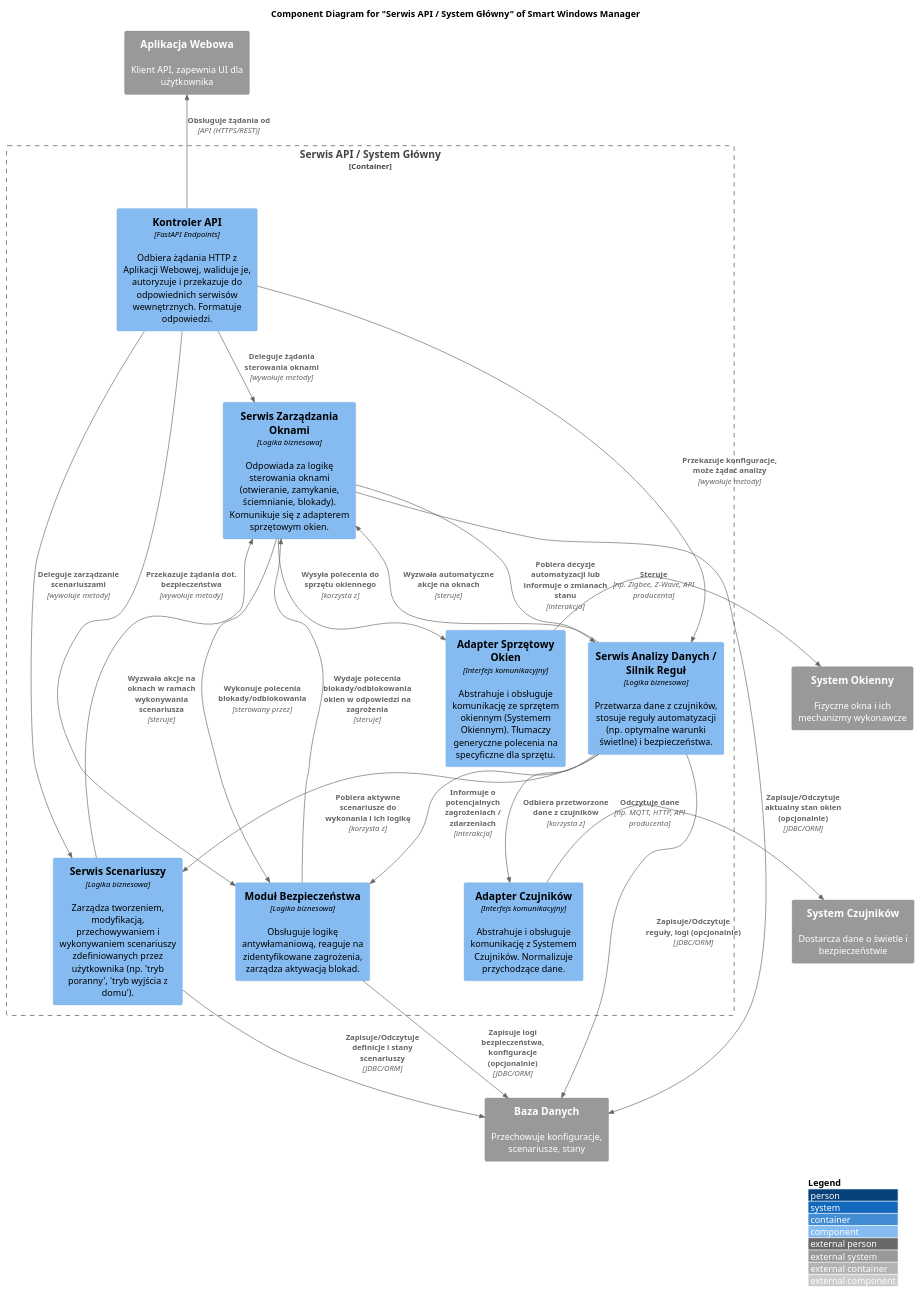
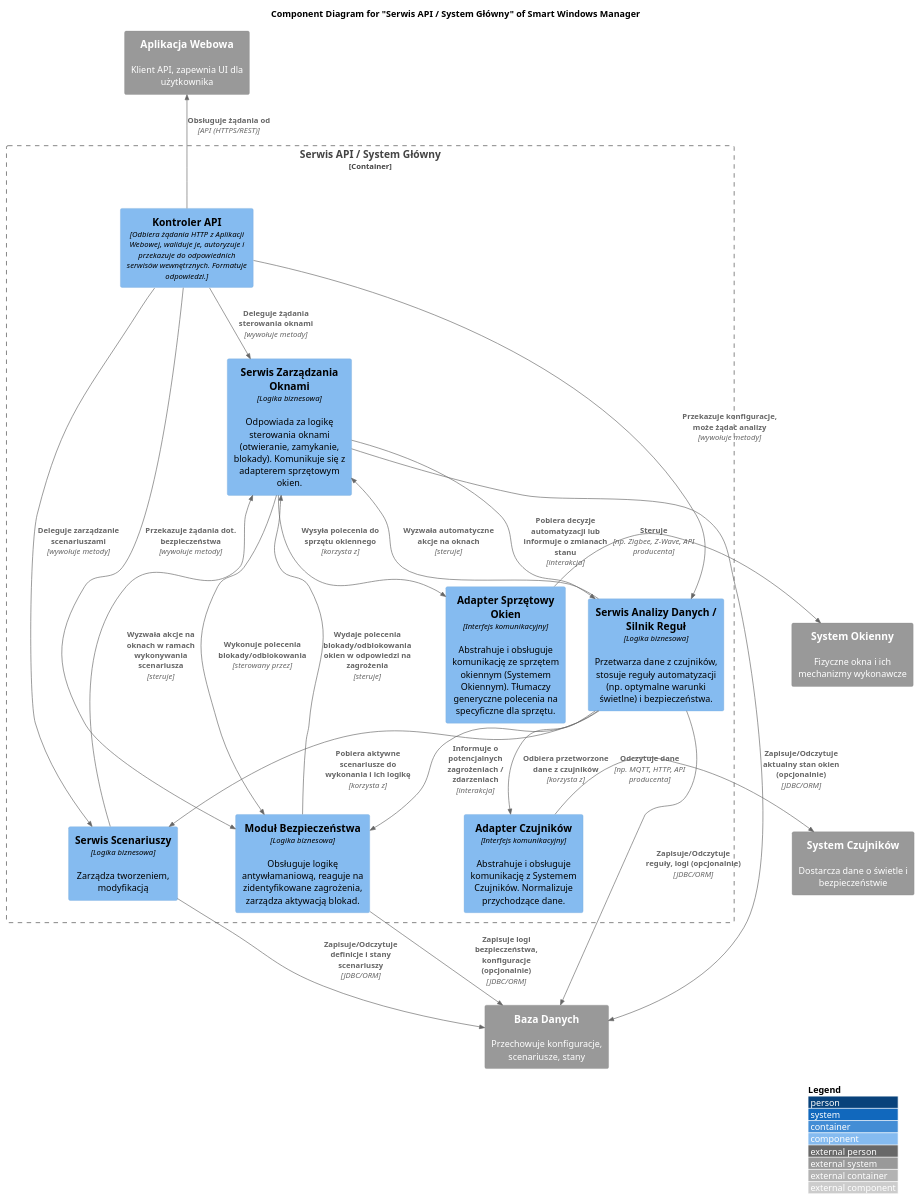
One commit to dolhan12211/Smart_Windows_Manager changed the diagram in Diagram C4/Component Diagram.plantuml. Above: the diagram before and after it, drawn with PlantUML. The commit also changed 1 other file, not shown here.

Commit message:
changes in diagrams v2

```diff
--- a/Diagram C4/Component Diagram.plantuml
+++ b/Diagram C4/Component Diagram.plantuml
@@ -1,55 +1,55 @@
 @startuml
 !include https://raw.githubusercontent.com/plantuml-stdlib/C4-PlantUML/master/C4_Component.puml
 
 LAYOUT_WITH_LEGEND()
 
 title Component Diagram for "Serwis API / System Główny" of Smart Windows Manager
 
 ' Definiujemy odniesienia do elementów zewnętrznych (innych kontenerów lub systemów) dla kontekstu
 System_Ext(web_app_ref, "Aplikacja Webowa", "Klient API, zapewnia UI dla użytkownika")
 System_Ext(db_ref, "Baza Danych", "Przechowuje konfiguracje, scenariusze, stany")
 System_Ext(physical_windows_ext, "System Okienny", "Fizyczne okna i ich mechanizmy wykonawcze")
 System_Ext(sensor_system_ext, "System Czujników", "Dostarcza dane o świetle i bezpieczeństwie")
 
 
 Container_Boundary(api_c, "Serwis API / System Główny") {
-    Component(api_controller, "Kontroler API", "FastAPI Endpoints", "Odbiera żądania HTTP z Aplikacji Webowej, waliduje je, autoryzuje i przekazuje do odpowiednich serwisów wewnętrznych. Formatuje odpowiedzi.")
-    Component(window_service, "Serwis Zarządzania Oknami", "Logika biznesowa", "Odpowiada za logikę sterowania oknami (otwieranie, zamykanie, ściemnianie, blokady). Komunikuje się z adapterem sprzętowym okien.")
+    Component(api_controller, "Kontroler API", "Odbiera żądania HTTP z Aplikacji Webowej, waliduje je, autoryzuje i przekazuje do odpowiednich serwisów wewnętrznych. Formatuje odpowiedzi.")
+    Component(window_service, "Serwis Zarządzania Oknami", "Logika biznesowa", "Odpowiada za logikę sterowania oknami (otwieranie, zamykanie, blokady). Komunikuje się z adapterem sprzętowym okien.")
     Component(data_analysis_service, "Serwis Analizy Danych / Silnik Reguł", "Logika biznesowa", "Przetwarza dane z czujników, stosuje reguły automatyzacji (np. optymalne warunki świetlne) i bezpieczeństwa.")
-    Component(scenario_service, "Serwis Scenariuszy", "Logika biznesowa", "Zarządza tworzeniem, modyfikacją, przechowywaniem i wykonywaniem scenariuszy zdefiniowanych przez użytkownika (np. 'tryb poranny', 'tryb wyjścia z domu').")
+    Component(scenario_service, "Serwis Scenariuszy", "Logika biznesowa", "Zarządza tworzeniem, modyfikacją")
     Component(security_module, "Moduł Bezpieczeństwa", "Logika biznesowa", "Obsługuje logikę antywłamaniową, reaguje na zidentyfikowane zagrożenia, zarządza aktywacją blokad.")
 
     Component(window_hw_adapter, "Adapter Sprzętowy Okien", "Interfejs komunikacyjny", "Abstrahuje i obsługuje komunikację ze sprzętem okiennym (Systemem Okiennym). Tłumaczy generyczne polecenia na specyficzne dla sprzętu.")
     Component(sensor_adapter, "Adapter Czujników", "Interfejs komunikacyjny", "Abstrahuje i obsługuje komunikację z Systemem Czujników. Normalizuje przychodzące dane.")
 
     ' Relacje wewnętrzne między komponentami
     Rel(api_controller, window_service, "Deleguje żądania sterowania oknami", "wywołuje metody")
     Rel(api_controller, scenario_service, "Deleguje zarządzanie scenariuszami", "wywołuje metody")
     Rel(api_controller, data_analysis_service, "Przekazuje konfiguracje, może żądać analizy", "wywołuje metody")
     Rel(api_controller, security_module, "Przekazuje żądania dot. bezpieczeństwa", "wywołuje metody")
 
     Rel(window_service, window_hw_adapter, "Wysyła polecenia do sprzętu okiennego", "korzysta z")
     Rel(window_service, data_analysis_service, "Pobiera decyzje automatyzacji lub informuje o zmianach stanu", "interakcja")
     Rel(window_service, security_module, "Wykonuje polecenia blokady/odblokowania", "sterowany przez")
 
     Rel(data_analysis_service, sensor_adapter, "Odbiera przetworzone dane z czujników", "korzysta z")
     Rel(data_analysis_service, window_service, "Wyzwała automatyczne akcje na oknach", "steruje")
     Rel(data_analysis_service, scenario_service, "Pobiera aktywne scenariusze do wykonania i ich logikę", "korzysta z")
     Rel(data_analysis_service, security_module, "Informuje o potencjalnych zagrożeniach / zdarzeniach", "interakcja")
 
     Rel(scenario_service, window_service, "Wyzwała akcje na oknach w ramach wykonywania scenariusza", "steruje")
     Rel(security_module, window_service, "Wydaje polecenia blokady/odblokowania okien w odpowiedzi na zagrożenia", "steruje")
 
     ' Relacje do elementów zewnętrznych (względem tego kontenera)
     Rel_U(api_controller, web_app_ref, "Obsługuje żądania od", "API (HTTPS/REST)")
     Rel_D(scenario_service, db_ref, "Zapisuje/Odczytuje definicje i stany scenariuszy", "JDBC/ORM")
     Rel_D(data_analysis_service, db_ref, "Zapisuje/Odczytuje reguły, logi (opcjonalnie)", "JDBC/ORM")
     Rel_D(security_module, db_ref, "Zapisuje logi bezpieczeństwa, konfiguracje (opcjonalnie)", "JDBC/ORM")
     Rel_D(window_service, db_ref, "Zapisuje/Odczytuje aktualny stan okien (opcjonalnie)", "JDBC/ORM")
 }
 
 ' Relacje do systemów zewnętrznych (sprzęt)
 Rel_R(window_hw_adapter, physical_windows_ext, "Steruje", "np. Zigbee, Z-Wave, API producenta")
 Rel_R(sensor_adapter, sensor_system_ext, "Odczytuje dane", "np. MQTT, HTTP, API producenta")
 
 @enduml
```
